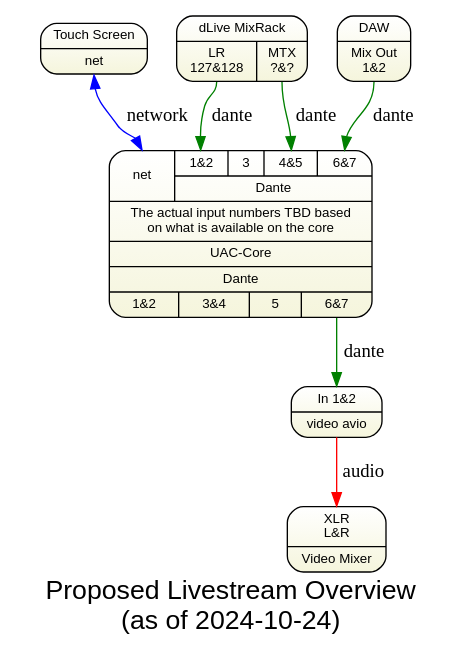
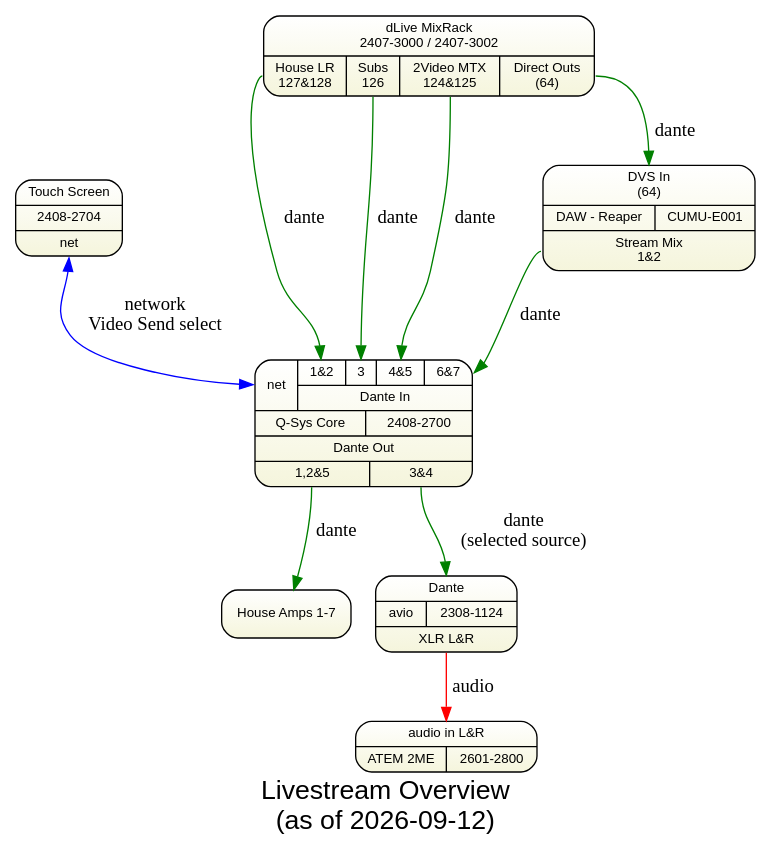
Before and after one commit to avmaint/uactechdoc: the diagram in gv/sda-livestream-overview.gv, drawn with Graphviz. The commit also changed 2 other files, not shown here.

Commit message:
Audio doc corrections and dLive/Q-Sys livestream rewrite
- Applied typo, cross-ref and duplicate-anchor fixes from
  audio-doc-corrections.md to both audio documents
- SystemDesignAudio: LiveStream section rewritten for dLive + Q-Sys
  Core routing with a routes table generated from the cable database;
  overview diagram redrawn with actual ports; Dante master clock is
  the Q-Sys Core; removed M7CL-era eval=FALSE chunks and rebuilt the
  printable DM64 input map from live data
- SystemOperationsAudio: VSC input filter compares port numbers
  numerically (was inverted); Dante training filter set to Level 1;
  analog backup outputs 31/32 documented; effects softkey prose
  clarified; five more broken cross-refs fixed

Claude-Session: https://claude.ai/code/session_0157hV1Gw4vSTSfxQyS67rt1

```diff
--- a/gv/sda-livestream-overview.gv
+++ b/gv/sda-livestream-overview.gv
@@ -1,38 +1,42 @@
-digraph bfs { 
+digraph livestream_overview { 
   
 graph [overlap = true, fontsize = 20, 
-      label="Proposed Livestream Overview\n(as of 2024-10-24)",
+      label="Livestream Overview\n(as of 2026-09-12)",
       fontname = Helvetica, bgcolor=white, rankdir=TB
       ]
  
 node [shape = Mrecord style=filled , fillcolor="white:beige"  , fontsize = 10,
       gradientangle=270 fontname = Helvetica ]
-  
-avio [label="{<i1_2>In 1&2|{video avio}}"]  
- 
+
+dlive [label="{dLive MixRack\n2407-3000 / 2407-3002|{<lr>House LR\n127&128|<sub>Subs\n126|<mtx>2Video MTX\n124&125|<dir>Direct Outs\n(64)}}", tooltip="FOH"]
+
+daw   [label="{{<in>DVS In\n(64)}|{DAW - Reaper|CUMU-E001}|{<out>Stream Mix\n1&2}}", tooltip="Reaper"]
+
 core  [label="{
-	{<ts>net|{{<i1_2>1&2|<i3>3|<i4_5>4&5|<i6_7>6&7}|Dante}}
-| The actual input numbers TBD based\non what is available on the core	
-| {UAC-Core}
-| {{Dante|{1&2|3&4|5|<o6_7>6&7}}}}
+	{<ts>net|{{<i1_2>1&2|<i3>3|<i4_5>4&5|<i6_7>6&7}|Dante In}}
+| {Q-Sys Core|2408-2700}
+| {{Dante Out|{<amps>1,2&5|<o3_4>3&4}}}}
 ", tooltip="Core"]
 
-touch [label="{Touch Screen|<net>net}"]
+touch [label="{Touch Screen|2408-2704|<net>net}"]
 
-daw  [label="{DAW|<o1_2>Mix Out\n1&2}", tooltip="Reaper"]
+amps  [label="{House Amps 1-7}"]
 
-dlive [label="{dLive MixRack|{<o_lr>LR\n127&128|<o_mtx>MTX\n?&?}}", tooltip="FOH L_R"]
+avio  [label="{{<in>Dante}|{avio|2308-1124}|{<out>XLR L&R}}"]  
 
-vidmix [label="{<i_lr>XLR\nL&R|Video Mixer}"]
+vidmix [label="{{<i_lr>audio in L&R}|{ATEM 2ME|2601-2800}}"]
   
-daw:o1_2    -> core:i6_7 [label="dante", color="green"]
-dlive:o_lr  -> core:i1_2 [label="dante", color="green"]
-dlive:o_mtx -> core:i4_5 [label="dante", color="green"]
+dlive:dir  -> daw:in     [label="dante", color="green"]
+daw:out    -> core:i6_7  [label="dante", color="green"]
+dlive:lr   -> core:i1_2  [label="dante", color="green"]
+dlive:sub  -> core:i3    [label="dante", color="green"]
+dlive:mtx  -> core:i4_5  [label="dante", color="green"]
 
-core:o6_7 -> avio:i1_2 [label="dante", color="green"]
+core:amps  -> amps       [label="dante", color="green"]
+core:o3_4  -> avio:in    [label="dante\n(selected source)", color="green"]
  
-touch:net -> core:ts [label="network", color="blue", dir="both"]
+touch:net  -> core:ts    [label="network\nVideo Send select", color="blue", dir="both"]
 
-avio -> vidmix:i_lr [label="audio", color="red" ]
+avio:out   -> vidmix:i_lr [label="audio", color="red" ]
 
 }
```
